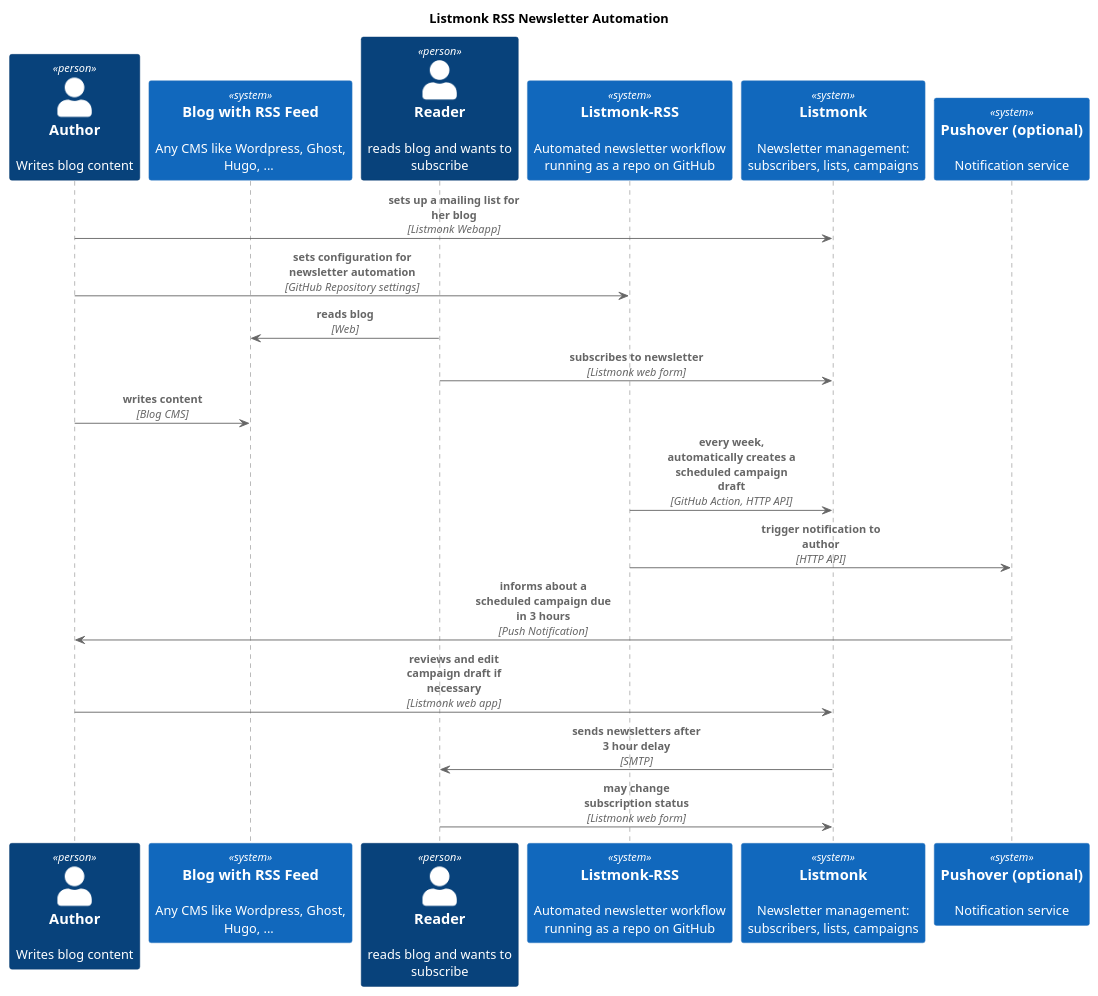
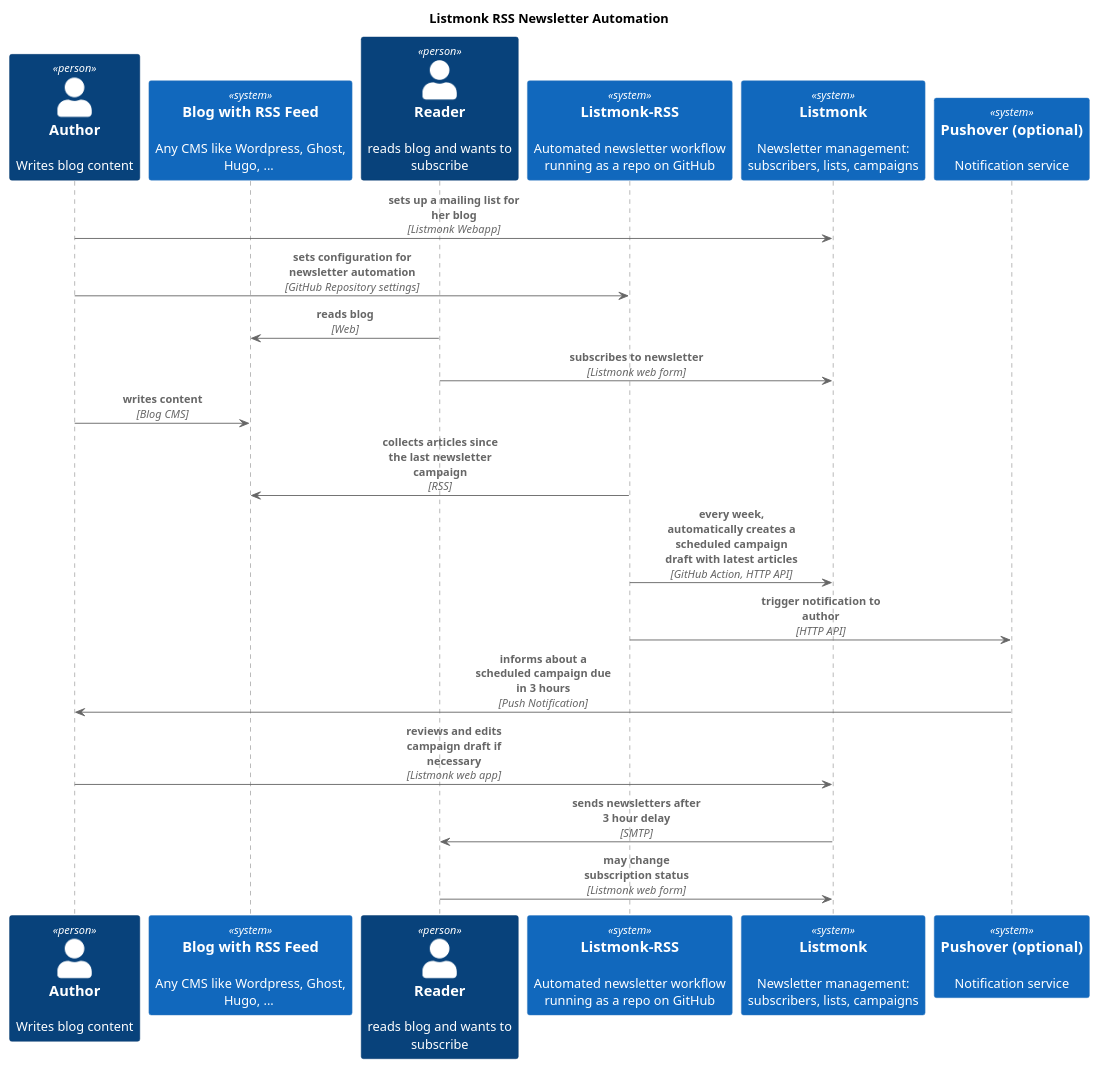
The diagram in assets/C4/sequence_diagram.puml (ping13/listmonk-rss), drawn with PlantUML before and after one commit.

Commit message:
article collection and typo fixes

```diff
--- a/assets/C4/sequence_diagram.puml
+++ b/assets/C4/sequence_diagram.puml
@@ -1,33 +1,34 @@
 @startuml
 !include https://raw.githubusercontent.com/plantuml-stdlib/C4-PlantUML/master/C4_Sequence.puml
 
 title Listmonk RSS Newsletter Automation 
 
 SHOW_ELEMENT_DESCRIPTIONS()
 SHOW_FOOT_BOXES()
 
 ' Define actors and systems
 Person(author, "Author", "Writes blog content")
 System(blog, "Blog with RSS Feed", "Any CMS like Wordpress, Ghost, Hugo, ... ")
 Person(subscriber, "Reader", "reads blog and wants to subscribe")
 System(newsletter, "Listmonk-RSS", "Automated newsletter workflow running as a repo on GitHub")
 System(listmonk, "Listmonk", "Newsletter management: subscribers, lists, campaigns")
 System(pushover, "Pushover (optional)", "Notification service")
 
 
 ' Seqeunce as relationships
 Rel(author, listmonk, "sets up a mailing list for her blog", "Listmonk Webapp")
 Rel(author, newsletter, "sets configuration for newsletter automation", "GitHub Repository settings")
 Rel(subscriber, blog, "reads blog", "Web")
 Rel(subscriber, listmonk, "subscribes to newsletter", "Listmonk web form")
 Rel(author, blog, "writes content", "Blog CMS")
 
-Rel(newsletter, listmonk, "every week, automatically creates a scheduled campaign draft", "GitHub Action, HTTP API")
+Rel(newsletter, blog, "collects articles since the last newsletter campaign", "RSS")
+Rel(newsletter, listmonk, "every week, automatically creates a scheduled campaign draft with latest articles", "GitHub Action, HTTP API")
 Rel(newsletter, pushover, "trigger notification to author", "HTTP API")
 Rel(pushover, author, "informs about a scheduled campaign due in 3 hours", "Push Notification")
-Rel(author, listmonk, "reviews and edit campaign draft if necessary", "Listmonk web app")
+Rel(author, listmonk, "reviews and edits campaign draft if necessary", "Listmonk web app")
 Rel(listmonk, subscriber, "sends newsletters after 3 hour delay", "SMTP")
 Rel(subscriber, listmonk, "may change subscription status", "Listmonk web form")
 
 
 @enduml
```
